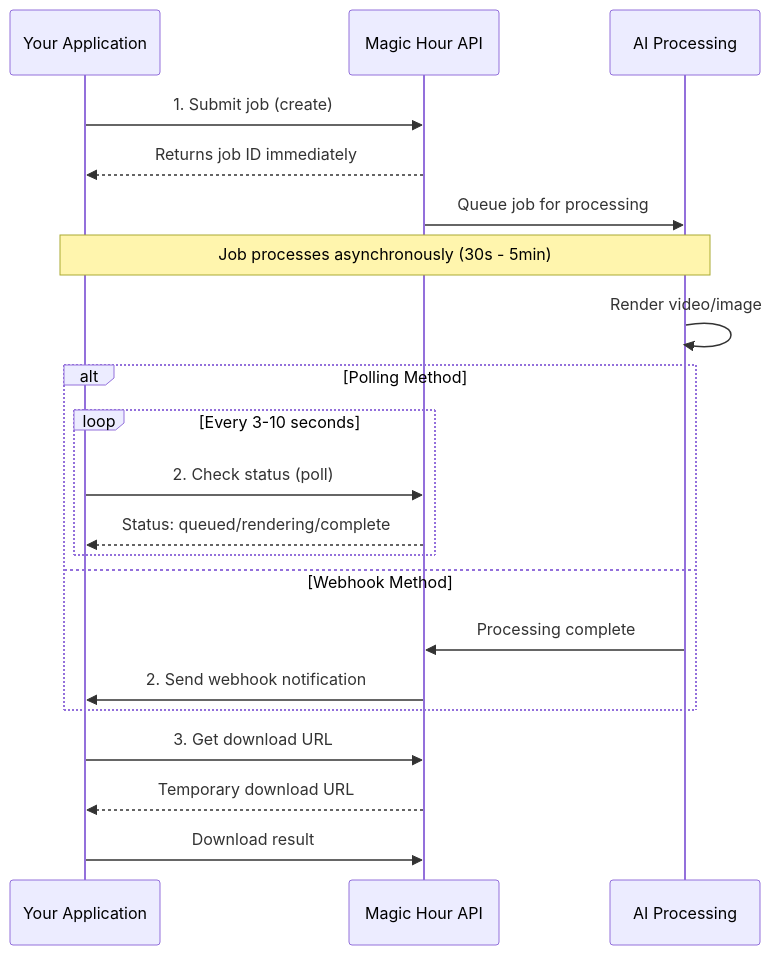
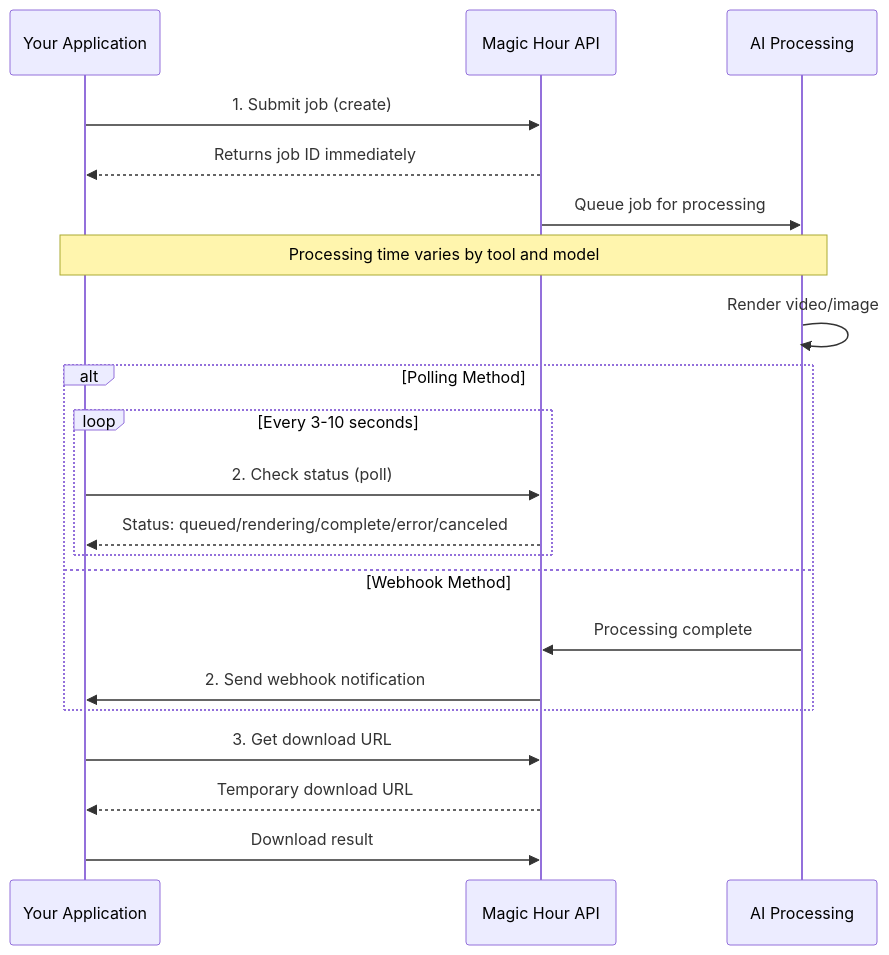
Before and after one commit to magichourhq/docs: the diagram in integration/overview.mdx, drawn with Mermaid. The commit also changed other lines of this file and 5 other files, not shown here.

````diff
--- a/integration/overview.mdx
+++ b/integration/overview.mdx
@@ -69,28 +69,28 @@
 ```mermaid
 sequenceDiagram
     participant App as Your Application
     participant API as Magic Hour API
     participant AI as AI Processing
 
     App->>API: 1. Submit job (create)
     API-->>App: Returns job ID immediately
     API->>AI: Queue job for processing
 
-    Note over App,AI: Job processes asynchronously (30s - 5min)
+    Note over App,AI: Processing time varies by tool and model
 
     AI->>AI: Render video/image
 
     alt Polling Method
         loop Every 3-10 seconds
             App->>API: 2. Check status (poll)
-            API-->>App: Status: queued/rendering/complete
+            API-->>App: Status: queued/rendering/complete/error/canceled
         end
     else Webhook Method
         AI->>API: Processing complete
         API->>App: 2. Send webhook notification
     end
 
     App->>API: 3. Get download URL
     API-->>App: Temporary download URL
     App->>API: Download result
 ```
````
